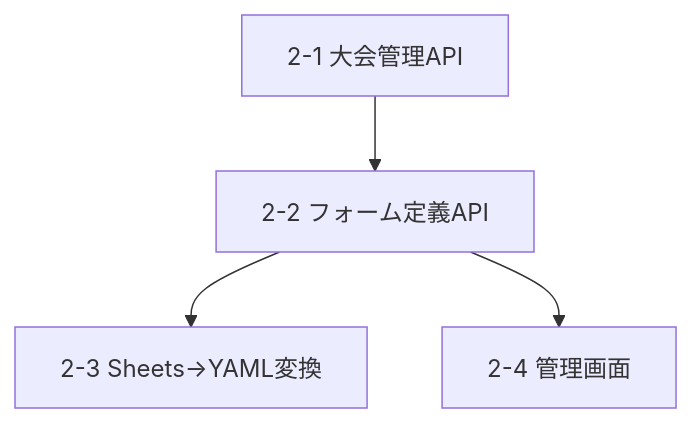
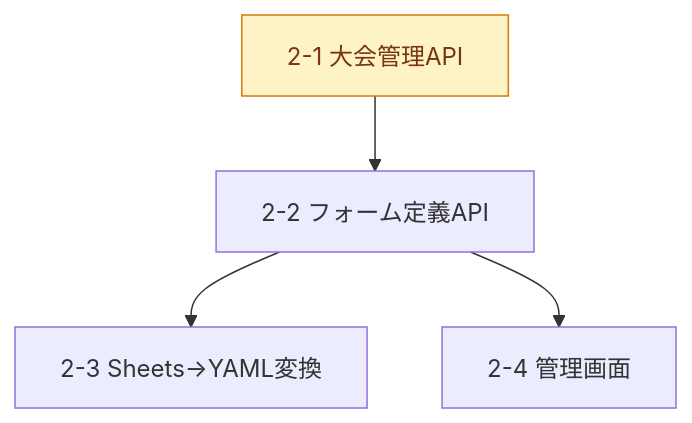
The fourth of 7 diagrams in tasks.md (m-uesaka/regional-quiz-entry-form), drawn with Mermaid before and after one commit. The commit also changed other lines of this file, not shown here.

First line of the commit message:
docs(tasks): mark Phase 0/1 as complete and highlight next task

````diff
--- a/tasks.md
+++ b/tasks.md
@@ -106,6 +115,8 @@
 ```mermaid
 graph TD
-  T21["2-1 大会管理API"] --> T22["2-2 フォーム定義API"]
+  T21["2-1 大会管理API"]:::next --> T22["2-2 フォーム定義API"]
   T22 --> T23["2-3 Sheets→YAML変換"]
   T22 --> T24["2-4 管理画面"]
+
+  classDef next fill:#fef3c7,stroke:#d97706,color:#78350f;
 ```
````
